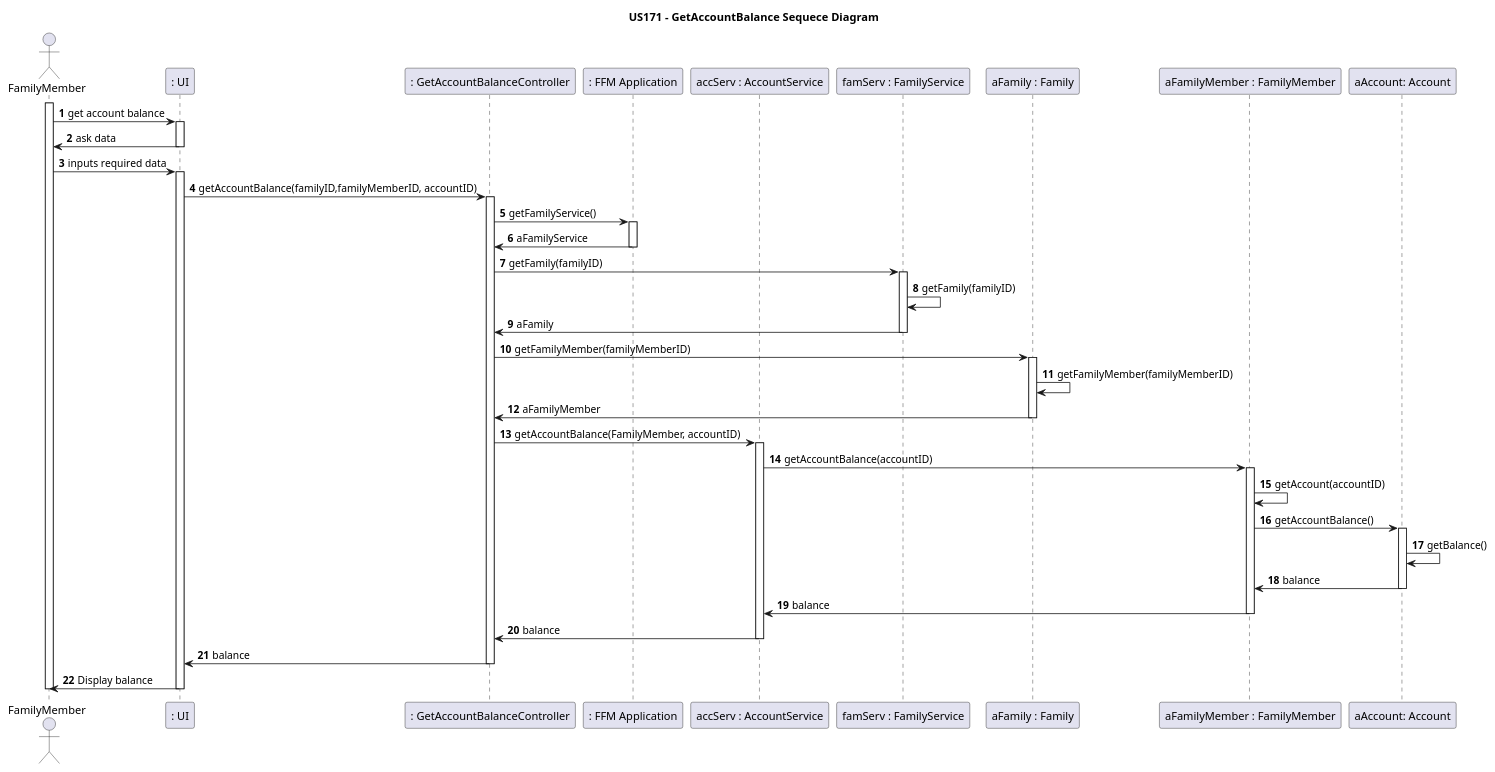
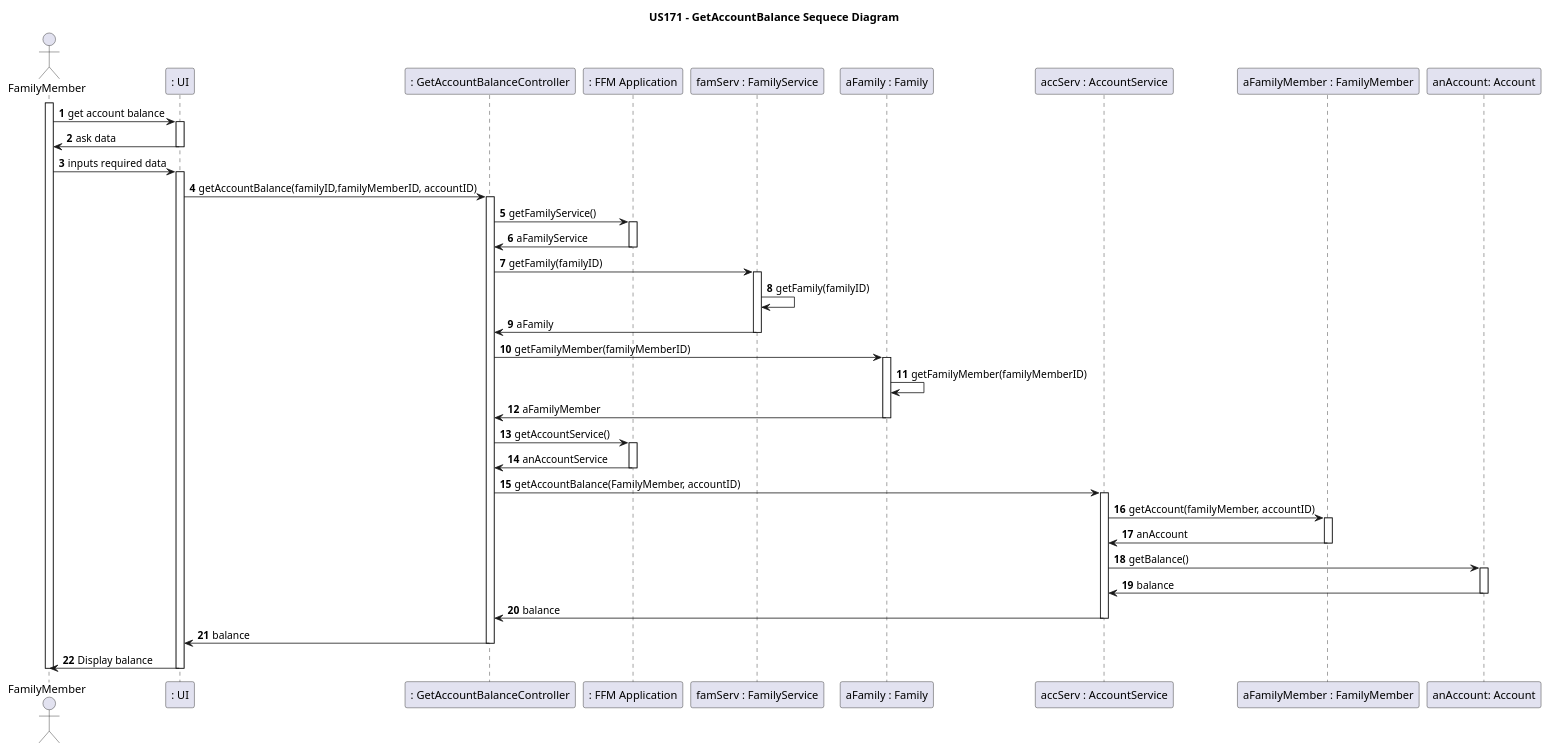
One commit to tomas-osswald/switch_2020_g3 changed the second of 3 diagrams in docs/sprint2/user_stories/US185_GetAccountBalance.md. Above: the diagram before and after it, drawn with PlantUML. The commit also changed other lines of this file and 3 other files, not shown here.

Commit message:
changes to GetAccountBalance controller and AccountService - Controller doens't require the account itself - and changes to doc for US185

`````diff
--- a/docs/sprint2/user_stories/US185_GetAccountBalance.md
+++ b/docs/sprint2/user_stories/US185_GetAccountBalance.md
@@ -76,62 +76,65 @@
 ````puml
 @startuml
 autonumber
 title US171 - GetAccountBalance Sequece Diagram
 
 actor "FamilyMember" as actor
 participant ": UI" as UI
 participant ": GetAccountBalanceController" as controller
 participant ": FFM Application" as app
-participant "accServ : AccountService" as accServ
 participant "famServ : FamilyService" as famService
 participant "aFamily : Family" as family
+participant "accServ : AccountService" as accServ
 participant "aFamilyMember : FamilyMember" as person
-participant "aAccount: Account" as account
+participant "anAccount: Account" as account
 
 activate actor
 actor -> UI: get account balance
 activate UI
 UI -> actor: ask data
 deactivate UI
 actor -> UI: inputs required data
 activate UI
 UI -> controller: getAccountBalance(familyID,familyMemberID, accountID)
 
 activate controller
 controller -> app: getFamilyService()
 activate app
 app -> controller: aFamilyService
 deactivate app
 
 controller -> famService: getFamily(familyID)
 activate famService
 famService -> famService: getFamily(familyID)
 famService -> controller: aFamily
 deactivate famService
 controller -> family: getFamilyMember(familyMemberID)
 activate family
 family -> family: getFamilyMember(familyMemberID)
 family -> controller: aFamilyMember
 deactivate family
+
+controller -> app: getAccountService()
+activate app
+app -> controller: anAccountService
+deactivate app
 controller -> accServ: getAccountBalance(FamilyMember, accountID)
 activate accServ
-accServ -> person: getAccountBalance(accountID)
+accServ -> person: getAccount(familyMember, accountID)
 activate person
-person -> person: getAccount(accountID)
-person -> account: getAccountBalance()
+person -> accServ: anAccount
+deactivate person
+accServ -> account: getBalance()
 activate account
-account -> account: getBalance()
-account -> person: balance
+account -> accServ: balance
 deactivate account
-person -> accServ: balance
-deactivate person
 accServ -> controller: balance
 deactivate accServ
 controller -> UI: balance
 deactivate controller
 UI -> actor: Display balance
 deactivate UI
 deactivate actor
 
 @enduml
 ````
`````
